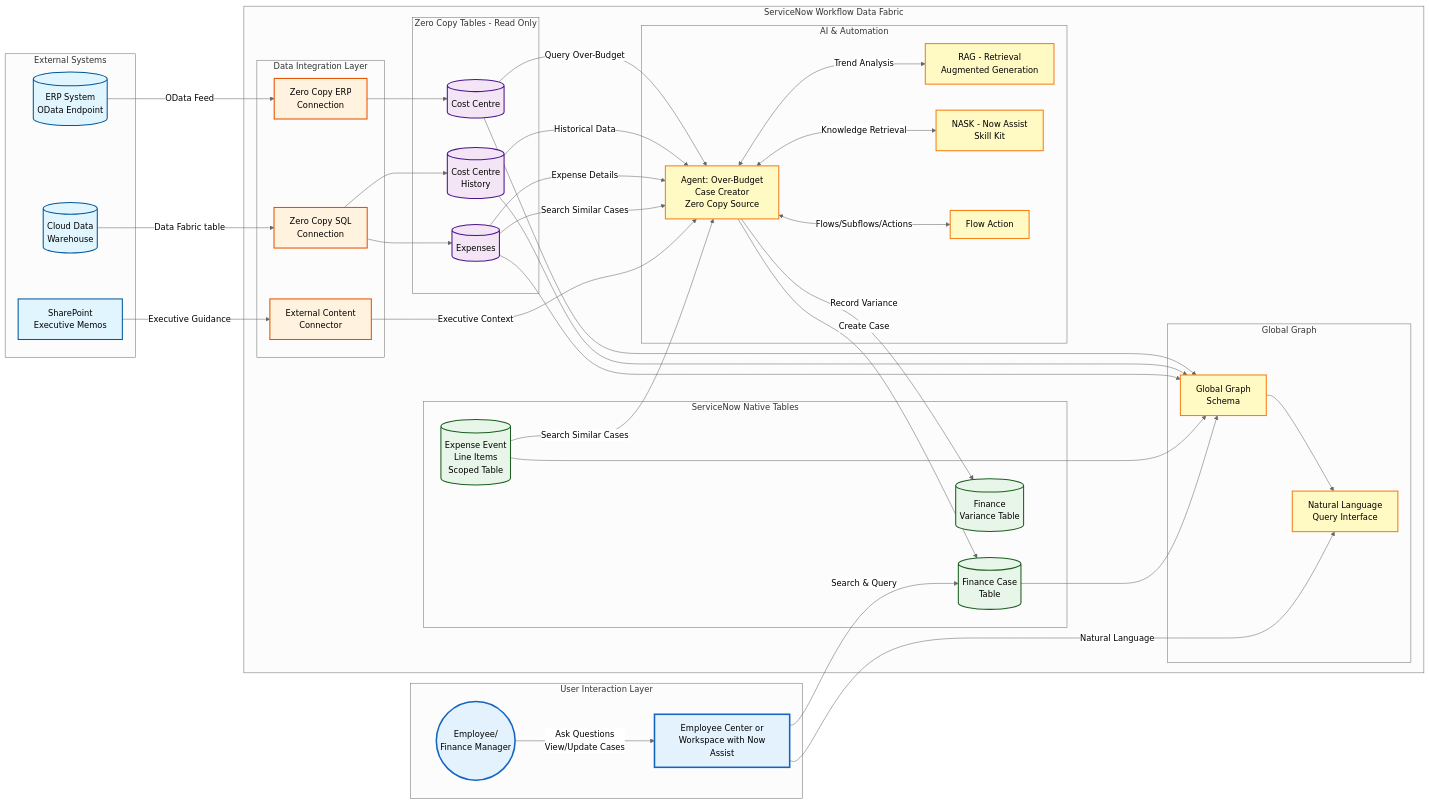
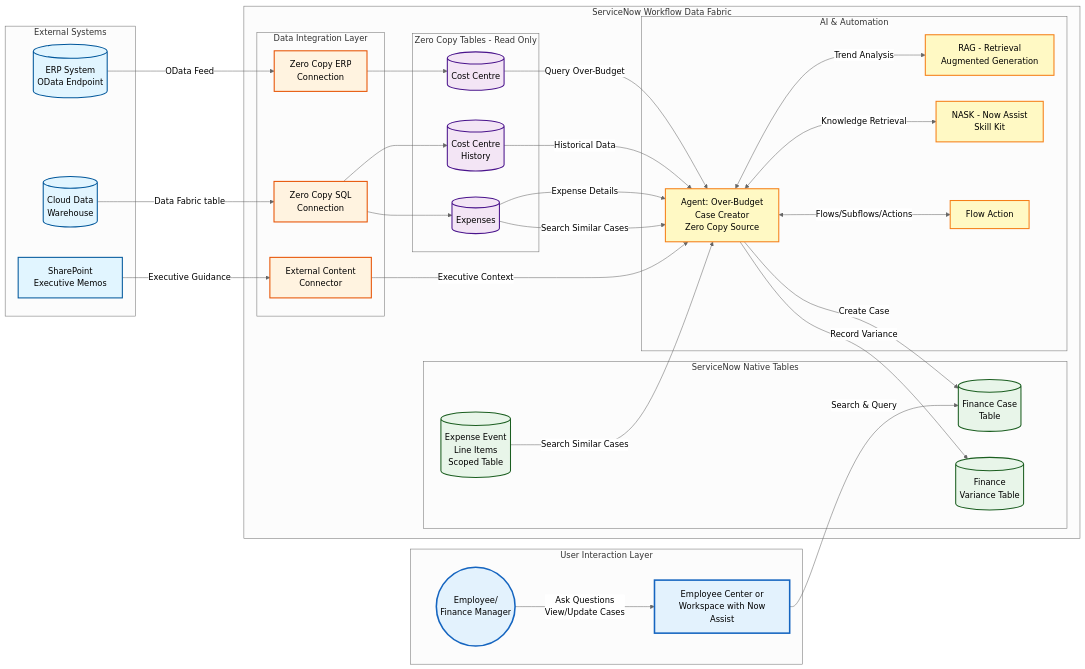
One commit to leojacinto/WorkflowDataFabric-TypeA changed the diagram in 2_Zero_Copy.md. Above: the diagram before and after it, drawn with Mermaid (neutral theme).

```diff
--- a/2_Zero_Copy.md
+++ b/2_Zero_Copy.md
@@ -36,11 +39,6 @@
             FinVar[(Finance<br/>Variance Table)]
         end
 
-        subgraph "Global Graph"
-            GGraph[Global Graph<br/>Schema]
-            NLQuery[Natural Language<br/>Query Interface]
-        end
-
         subgraph "AI & Automation"
             Agent1[Agent: Over-Budget<br/>Case Creator<br/>Zero Copy Source]
             RAG[RAG - Retrieval<br/>Augmented Generation]
@@ -58,14 +56,6 @@
 
     SharePoint -->|Executive Guidance| ExtContent
 
-    %% Global Graph Connections
-    ZCCC --> GGraph
-    ZCCH --> GGraph
-    ZCExp --> GGraph
-    ExpenseTable --> GGraph
-    FinCase --> GGraph
-    GGraph --> NLQuery
-
     %% Agent 1 Workflow - Zero Copy Source
     ZCCC -->|Query Over-Budget| Agent1
     ZCCH -->|Historical Data| Agent1
@@ -82,7 +72,6 @@
     %% User Interaction Connections
     Employee -->|Ask Questions<br/>View/Update Cases| EC
     EC -->|Search & Query| FinCase
-    EC -->|Natural Language| NLQuery
 
     %% Styling
     classDef external fill:#e1f5ff,stroke:#01579b,stroke-width:2px
```
